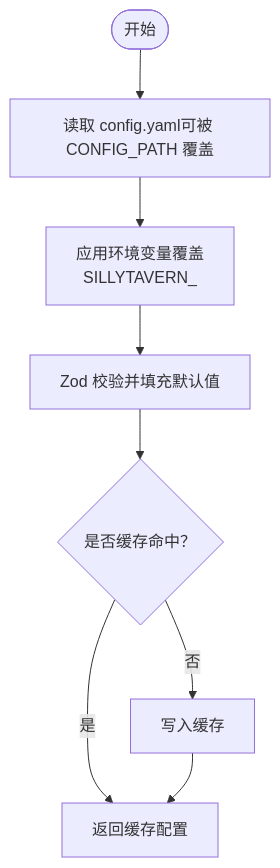
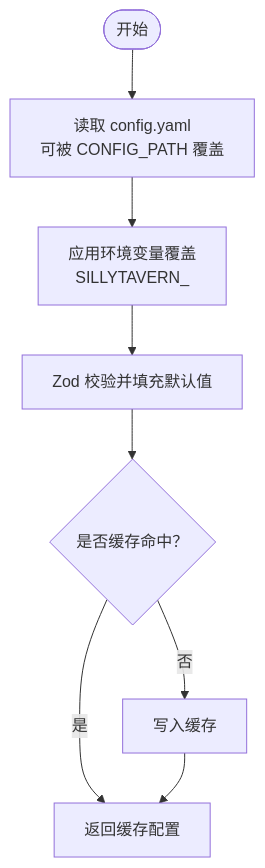
One commit to LittlebearHat/sillytavern-next changed the third of 8 diagrams in .qoder/repowiki/zh/content/部署运维/环境配置管理.md. Above: the diagram before and after it, drawn with Mermaid. The commit also changed other lines of this file and 7 other files, not shown here.

````diff
--- a/.qoder/repowiki/zh/content/部署运维/环境配置管理.md
+++ b/.qoder/repowiki/zh/content/部署运维/环境配置管理.md
@@ -176,9 +202,9 @@
 ```mermaid
 flowchart TD
-Start(["开始"]) --> LoadFile["读取 config.yaml可被 CONFIG_PATH 覆盖"]
+Start(["开始"]) --> LoadFile["读取 config.yaml<br/>可被 CONFIG_PATH 覆盖"]
 LoadFile --> ApplyEnv["应用环境变量覆盖<br/>SILLYTAVERN_<KEY>"]
 ApplyEnv --> Validate["Zod 校验并填充默认值"]
 Validate --> Cache{"是否缓存命中？"}
 Cache --> |是| Return["返回缓存配置"]
 Cache --> |否| SetCache["写入缓存"] --> Return
 ```
````
